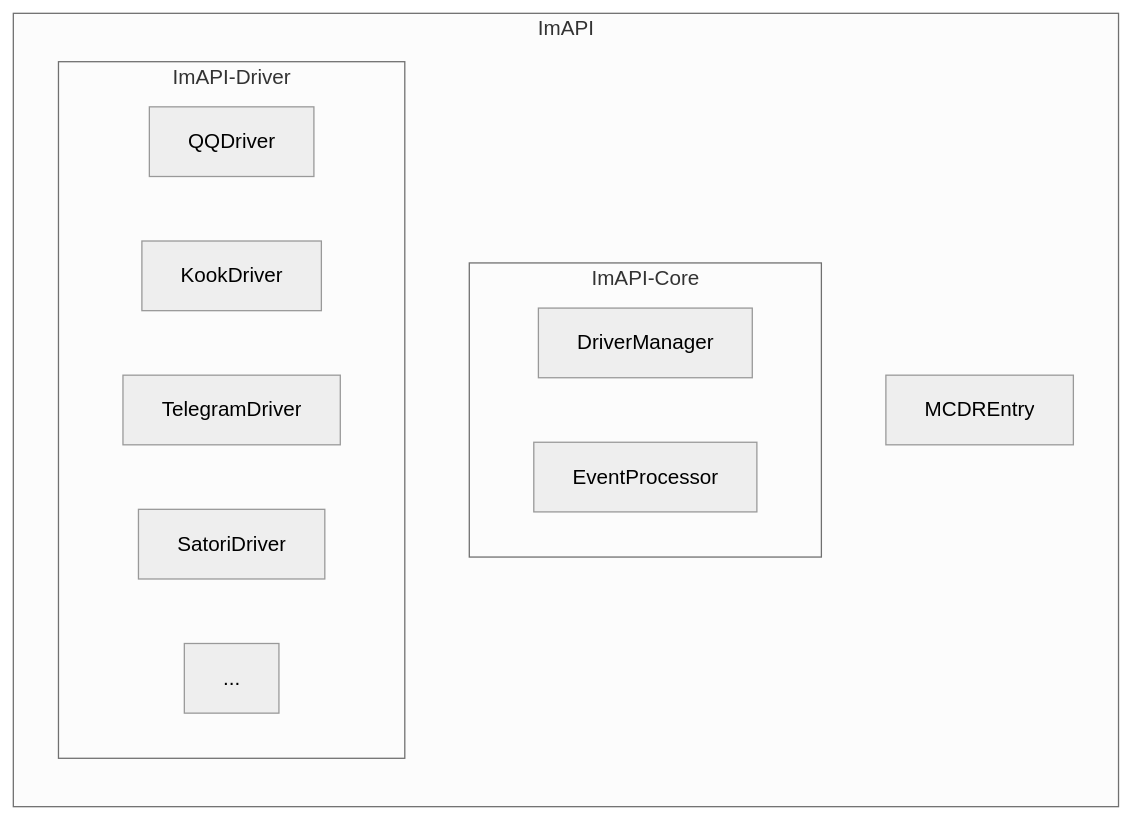
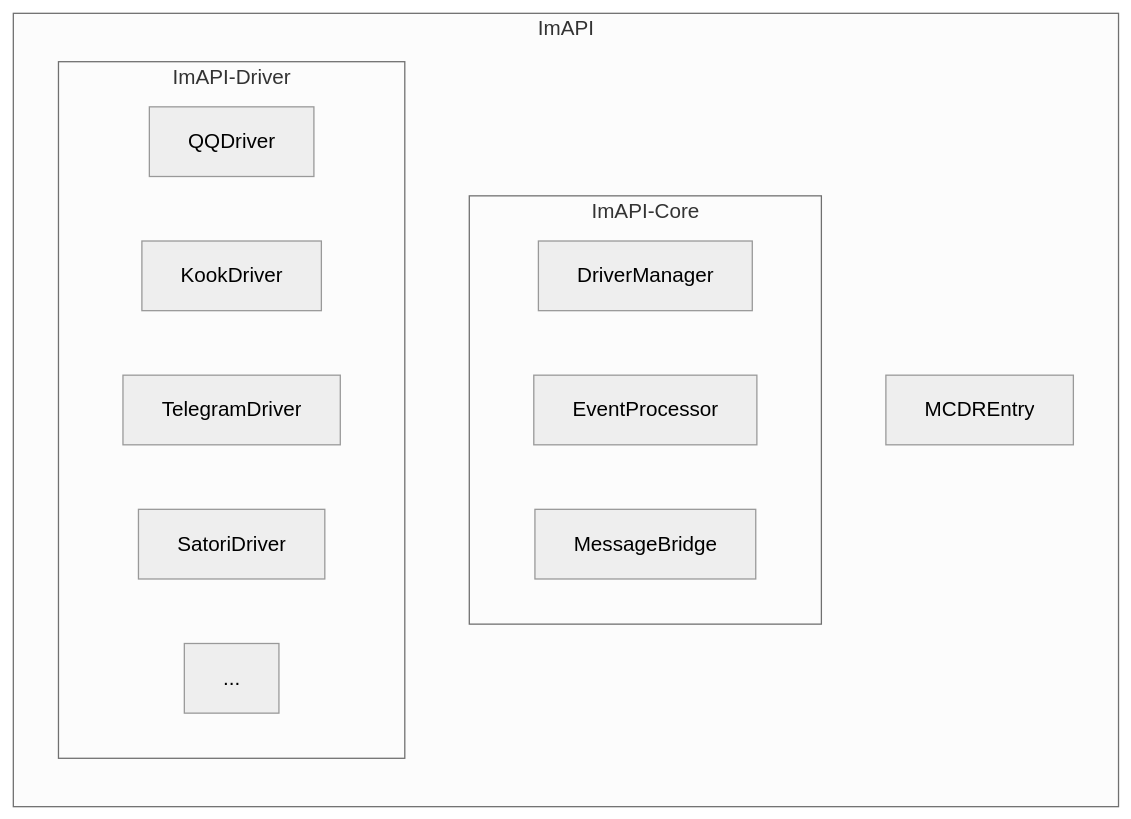
The third of 3 diagrams in README.md (Mooling0602/ImAPI-MatrixDriver), drawn with Mermaid (neutral theme) before and after one commit. The commit also changed 1 other file, not shown here.

Commit message:
fix: fix qq ws_client process callback

````diff
--- a/README.md
+++ b/README.md
@@ -78,17 +78,18 @@
 ```mermaid
 flowchart LR
     subgraph ImAPI
         entry[MCDREntry]
         subgraph ImAPI-Core
             driver[DriverManager]
             ep[EventProcessor]
+            message_bridge[MessageBridge]
         end
         subgraph ImAPI-Driver
             qq[QQDriver]
             kook[KookDriver]
             tg[TelegramDriver]
             satori[SatoriDriver]
             other[...]
         end
     end
 ```
````
